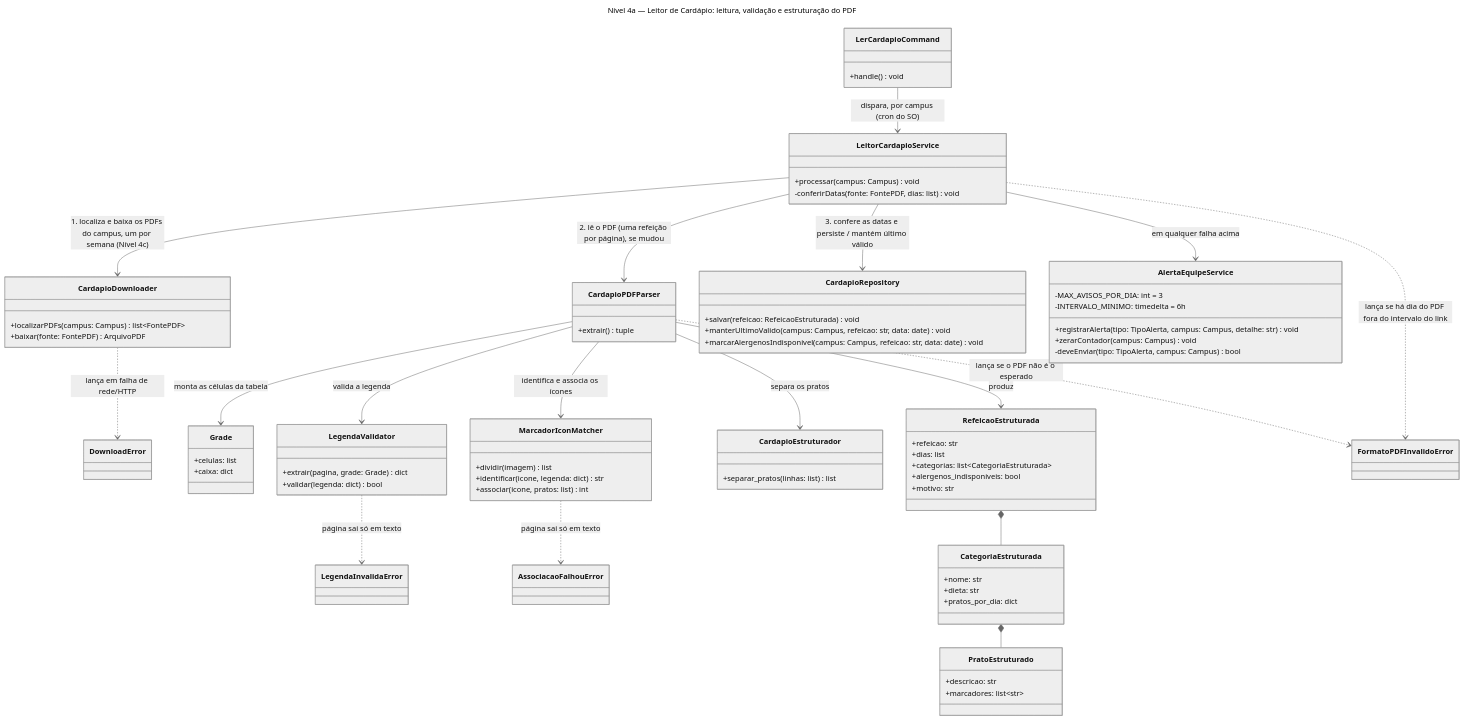
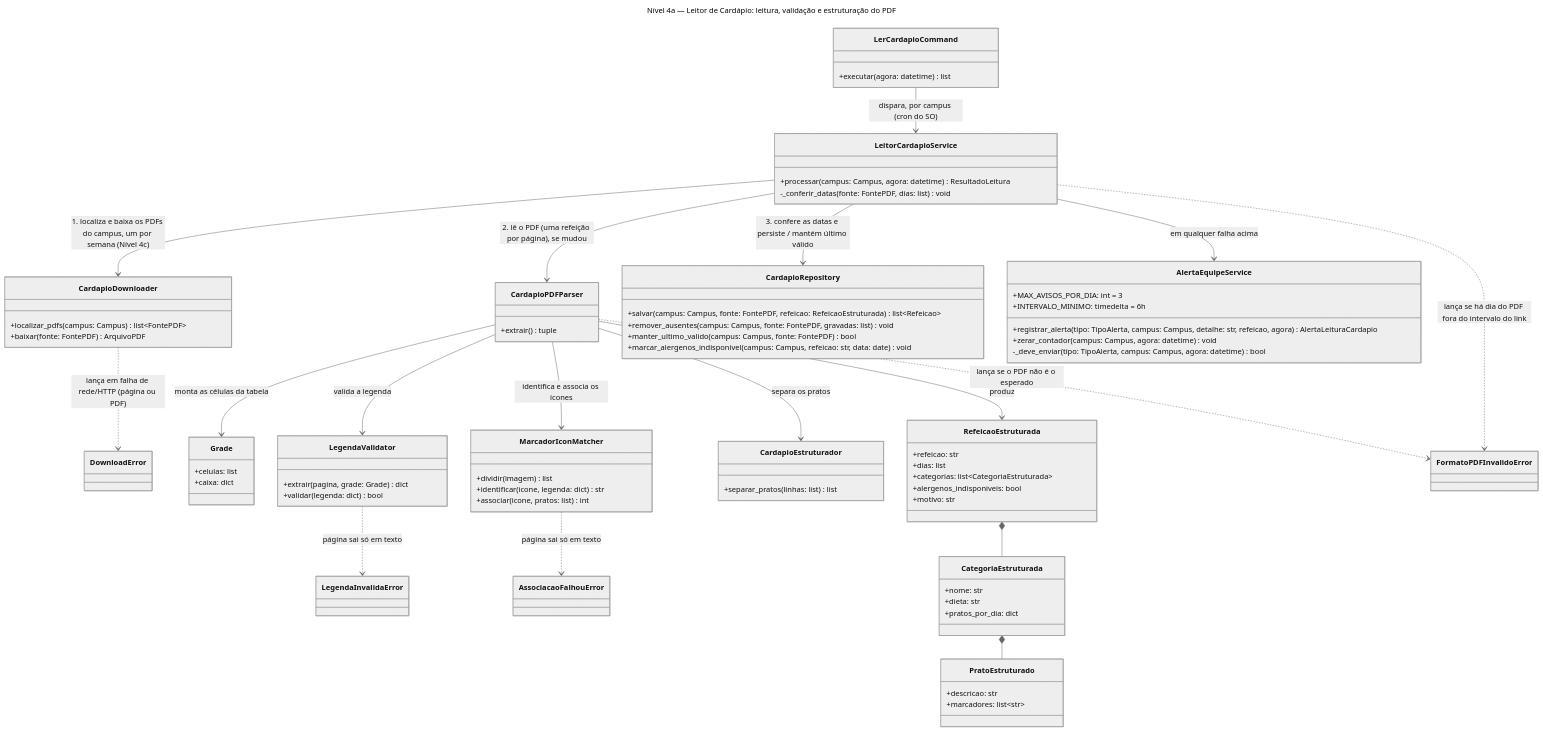
One commit to unb-mds/2026-2-Bandejao-UnB changed the first of 3 diagrams in docs/arquitetura/backend/c4-nivel-4-leitor-cardapio.md. Above: the diagram before and after it, drawn with Mermaid (neutral theme). The commit also changed other lines of this file and 5 other files, not shown here.

```diff
--- a/docs/arquitetura/backend/c4-nivel-4-leitor-cardapio.md
+++ b/docs/arquitetura/backend/c4-nivel-4-leitor-cardapio.md
@@ -25,14 +25,14 @@
 ---
 classDiagram
   class LerCardapioCommand {
-    +handle() void
+    +executar(agora: datetime) list
   }
   class LeitorCardapioService {
-    +processar(campus: Campus) void
-    -conferirDatas(fonte: FontePDF, dias: list) void
+    +processar(campus: Campus, agora: datetime) ResultadoLeitura
+    -_conferir_datas(fonte: FontePDF, dias: list) void
   }
   class CardapioDownloader {
-    +localizarPDFs(campus: Campus) list~FontePDF~
+    +localizar_pdfs(campus: Campus) list~FontePDF~
     +baixar(fonte: FontePDF) ArquivoPDF
   }
   class DownloadError
@@ -75,16 +75,17 @@
     +marcadores: list~str~
   }
   class CardapioRepository {
-    +salvar(refeicao: RefeicaoEstruturada) void
-    +manterUltimoValido(campus: Campus, refeicao: str, data: date) void
-    +marcarAlergenosIndisponivel(campus: Campus, refeicao: str, data: date) void
+    +salvar(campus: Campus, fonte: FontePDF, refeicao: RefeicaoEstruturada) list~Refeicao~
+    +remover_ausentes(campus: Campus, fonte: FontePDF, gravadas: list) void
+    +manter_ultimo_valido(campus: Campus, fonte: FontePDF) bool
+    +marcar_alergenos_indisponivel(campus: Campus, refeicao: str, data: date) void
   }
   class AlertaEquipeService {
-    +registrarAlerta(tipo: TipoAlerta, campus: Campus, detalhe: str) void
-    +zerarContador(campus: Campus) void
-    -deveEnviar(tipo: TipoAlerta, campus: Campus) bool
-    -MAX_AVISOS_POR_DIA: int = 3
-    -INTERVALO_MINIMO: timedelta = 6h
+    +registrar_alerta(tipo: TipoAlerta, campus: Campus, detalhe: str, refeicao, agora) AlertaLeituraCardapio
+    +zerar_contador(campus: Campus, agora: datetime) void
+    -_deve_enviar(tipo: TipoAlerta, campus: Campus, agora: datetime) bool
+    +MAX_AVISOS_POR_DIA: int = 3
+    +INTERVALO_MINIMO: timedelta = 6h
   }
 
   LerCardapioCommand --> LeitorCardapioService : dispara, por campus (cron do SO)
@@ -97,7 +98,7 @@
   CardapioPDFParser --> RefeicaoEstruturada : produz
   LeitorCardapioService --> CardapioRepository : 3. confere as datas e persiste / mantém último válido
   LeitorCardapioService --> AlertaEquipeService : em qualquer falha acima
-  CardapioDownloader ..> DownloadError : lança em falha de rede/HTTP
+  CardapioDownloader ..> DownloadError : lança em falha de rede/HTTP (página ou PDF)
   LeitorCardapioService ..> FormatoPDFInvalidoError : lança se há dia do PDF fora do intervalo do link
   CardapioPDFParser ..> FormatoPDFInvalidoError : lança se o PDF não é o esperado
   LegendaValidator ..> LegendaInvalidaError : página sai só em texto
```
